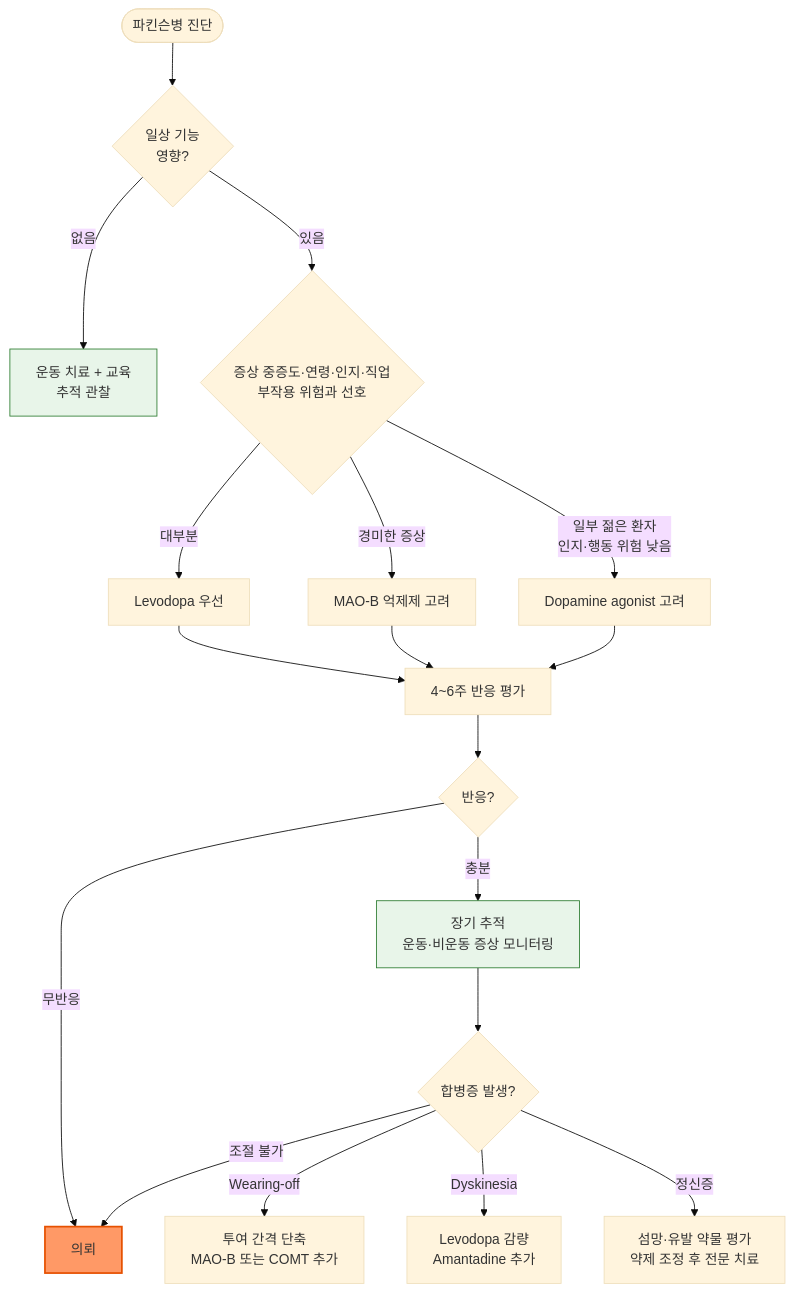
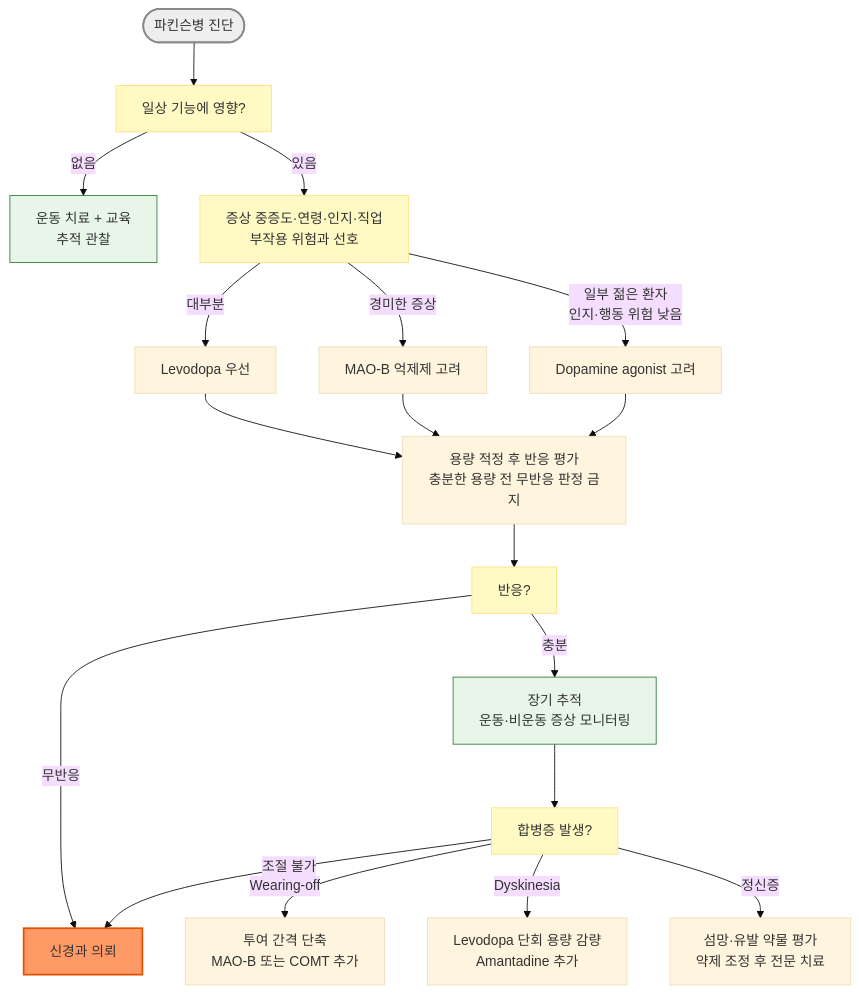
One commit to familyoh77/familyoh77 changed the second of 2 diagrams in 221_/035_-parkinsons-disease.md. Above: the diagram before and after it, drawn with Mermaid (base theme). The commit also changed other lines of this file and 2 other files, not shown here.

````diff
--- a/221_/035_-parkinsons-disease.md
+++ b/221_/035_-parkinsons-disease.md
@@ -222,24 +228,29 @@
 ```mermaid
 graph TD
-    A([파킨슨병 진단]) --> B{일상 기능<br/>영향?}
-    B -->|없음| C[운동 치료 + 교육<br/>추적 관찰]
-    B -->|있음| D{증상 중증도·연령·인지·직업<br/>부작용 위험과 선호}
-    D -->|대부분| E[Levodopa 우선]
-    D -->|경미한 증상| H[MAO-B 억제제 고려]
-    D -->|일부 젊은 환자<br/>인지·행동 위험 낮음| I[Dopamine agonist 고려]
-    E --> J[4~6주 반응 평가]
+    A(["파킨슨병 진단"]) --> B["일상 기능에 영향?"]
+    B -->|없음| C["운동 치료 + 교육<br/>추적 관찰"]
+    B -->|있음| D["증상 중증도·연령·인지·직업<br/>부작용 위험과 선호"]
+    D -->|대부분| E["Levodopa 우선"]
+    D -->|"경미한 증상"| H["MAO-B 억제제 고려"]
+    D -->|"일부 젊은 환자<br/>인지·행동 위험 낮음"| I["Dopamine agonist 고려"]
+    E --> J["용량 적정 후 반응 평가<br/>충분한 용량 전 무반응 판정 금지"]
     H --> J
     I --> J
-    J --> K{반응?}
-    K -->|무반응| L[의뢰]
-    K -->|충분| M[장기 추적<br/>운동·비운동 증상 모니터링]
-    M --> N{합병증 발생?}
-    N -->|Wearing-off| O[투여 간격 단축<br/>MAO-B 또는 COMT 추가]
-    N -->|Dyskinesia| P[Levodopa 감량<br/>Amantadine 추가]
-    N -->|정신증| Q[섬망·유발 약물 평가<br/>약제 조정 후 전문 치료]
-    N -->|조절 불가| L
+    J --> K["반응?"]
+    K -->|무반응| L["신경과 의뢰"]
+    K -->|충분| M["장기 추적<br/>운동·비운동 증상 모니터링"]
+    M --> N["합병증 발생?"]
+    N -->|Wearing-off| O["투여 간격 단축<br/>MAO-B 또는 COMT 추가"]
+    N -->|Dyskinesia| P["Levodopa 단회 용량 감량<br/>Amantadine 추가"]
+    N -->|정신증| Q["섬망·유발 약물 평가<br/>약제 조정 후 전문 치료"]
+    N -->|"조절 불가"| L
 
+    style A fill:#eeeeee,stroke:#888888,stroke-width:2px
+    style B fill:#fff9c4,stroke:#ffe082
+    style D fill:#fff9c4,stroke:#ffe082
+    style K fill:#fff9c4,stroke:#ffe082
+    style N fill:#fff9c4,stroke:#ffe082
     style L fill:#f96,stroke:#e65100,stroke-width:2px
     style C fill:#e8f5e9,stroke:#2e7d32,stroke-width:1px
     style M fill:#e8f5e9,stroke:#2e7d32,stroke-width:1px
 ```
````
